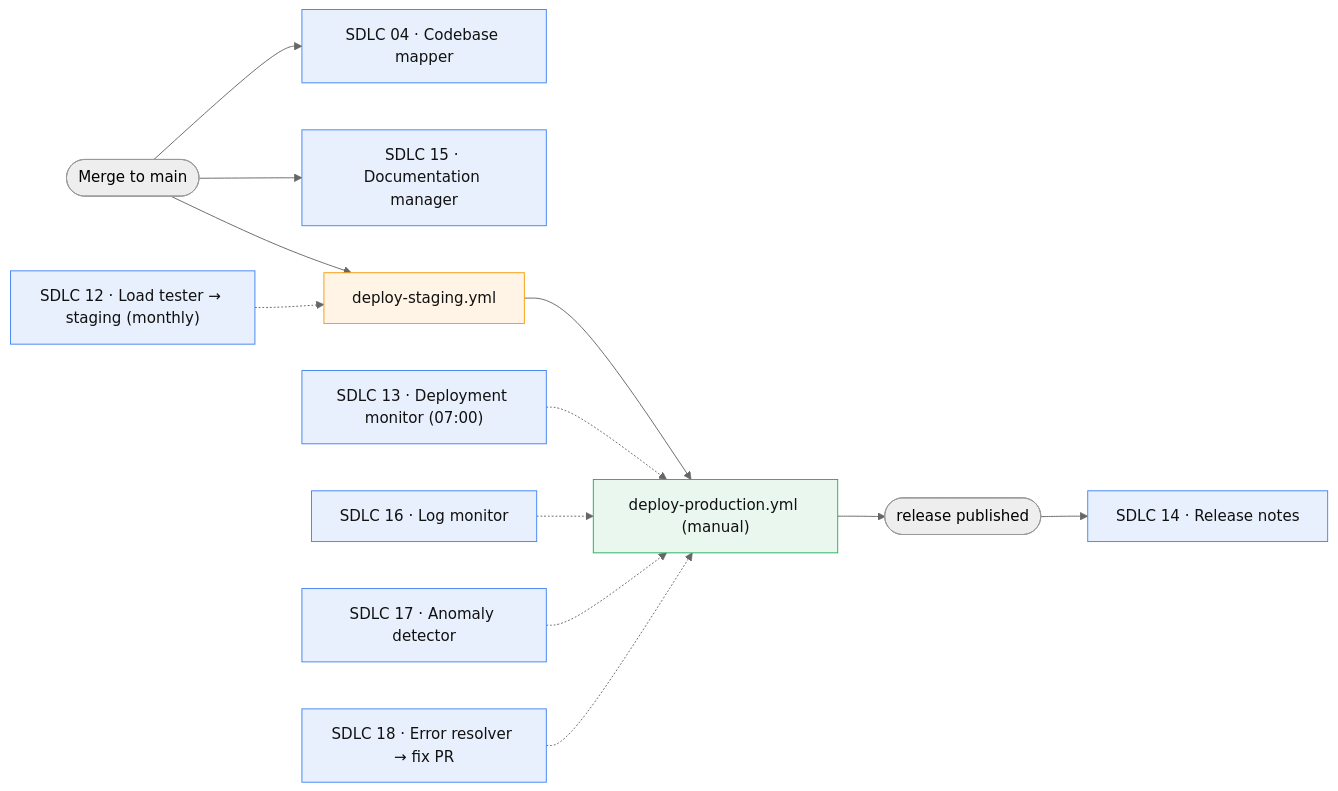
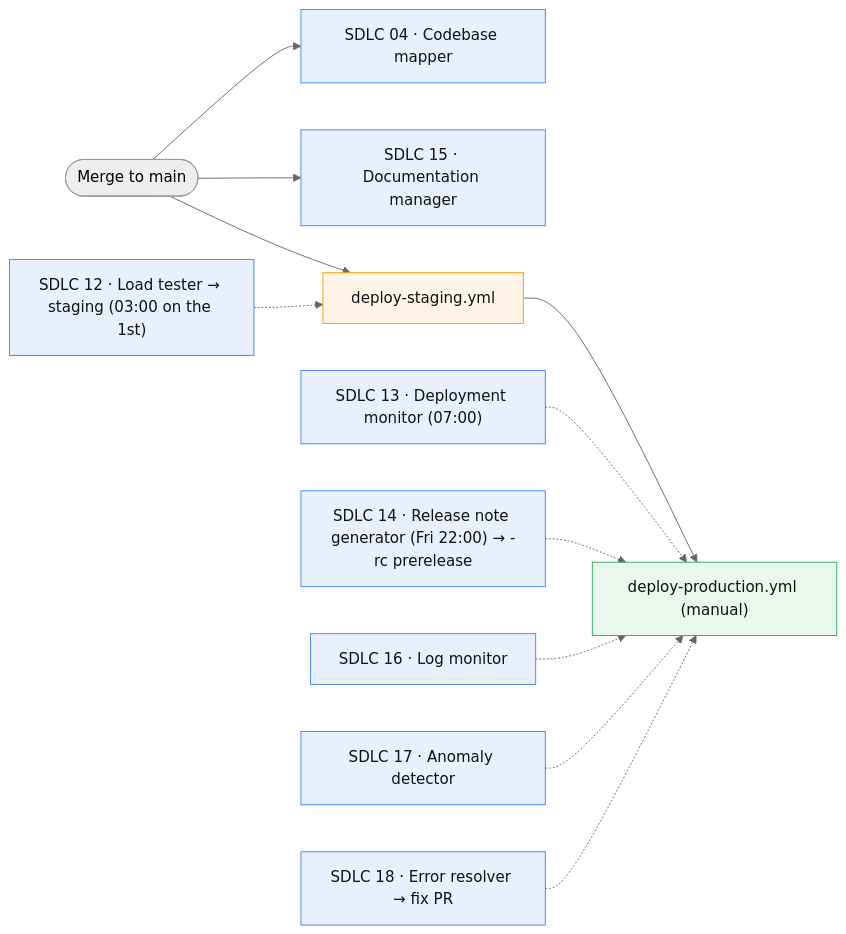
Before and after one commit to ypcipansor/cipansor: the fourth of 5 diagrams in docs/SDLC-FLOW.md, drawn with Mermaid (neutral theme). The commit also changed other lines of this file, not shown here.

First line of the commit message:
docs(sdlc): correct SDLC-FLOW.md against the live 29-automation fleet

````diff
--- a/docs/SDLC-FLOW.md
+++ b/docs/SDLC-FLOW.md
@@ -134,19 +139,18 @@
 ```mermaid
 flowchart LR
   classDef cloud fill:#e8f0fe,stroke:#4285f4,color:#111;
   classDef gh fill:#fff4e5,stroke:#f59e0b,color:#111;
   classDef human fill:#e9f7ef,stroke:#27ae60,color:#111;
 
   MG([Merge to main]) --> C4["SDLC 04 · Codebase mapper"]:::cloud
   MG --> C15["SDLC 15 · Documentation manager"]:::cloud
   MG --> STG["deploy-staging.yml"]:::gh
   STG --> PROD["deploy-production.yml (manual)"]:::human
-  PROD --> REL(["release published"])
-  REL --> C14["SDLC 14 · Release notes"]:::cloud
 
-  C12["SDLC 12 · Load tester → staging (monthly)"]:::cloud -.-> STG
+  C12["SDLC 12 · Load tester → staging (03:00 on the 1st)"]:::cloud -.-> STG
   C13["SDLC 13 · Deployment monitor (07:00)"]:::cloud -.-> PROD
+  C14["SDLC 14 · Release note generator (Fri 22:00) → -rc prerelease"]:::cloud -.-> PROD
   C16["SDLC 16 · Log monitor"]:::cloud -.-> PROD
   C17["SDLC 17 · Anomaly detector"]:::cloud -.-> PROD
   C18["SDLC 18 · Error resolver → fix PR"]:::cloud -.-> PROD
 ```
````
